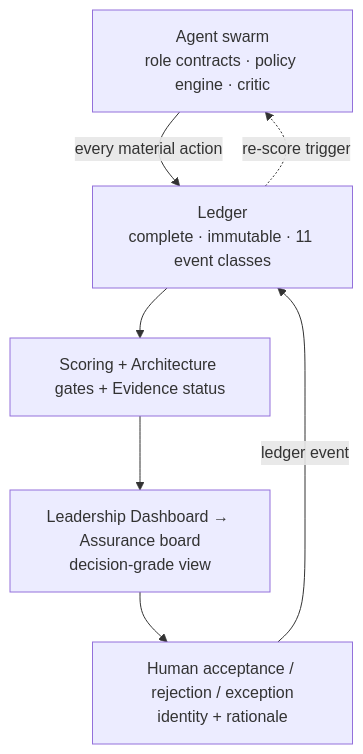
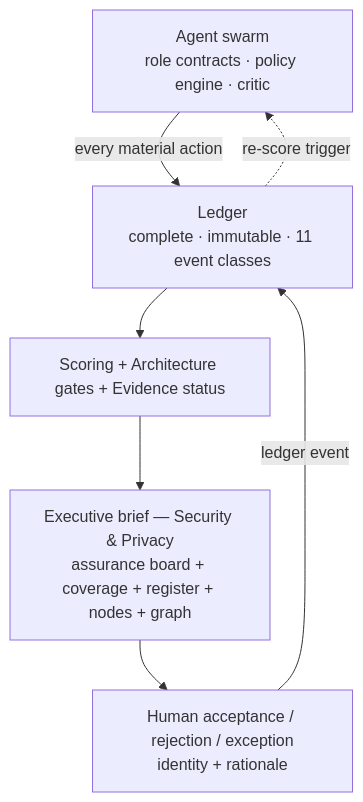
One commit to harishgovardhandamodar/agentic-knowledge-mapper changed the diagram in design/assurance.md. Above: the diagram before and after it, drawn with Mermaid. The commit also changed other lines of this file and 12 other files, not shown here.

First line of the commit message:
README, docs and design tab: document the Executive brief and its new surfaces

````diff
--- a/design/assurance.md
+++ b/design/assurance.md
@@ -8,14 +8,14 @@
 ```mermaid
 flowchart TB
     SW["Agent swarm<br/>role contracts · policy engine · critic"]
     LED["Ledger<br/>complete · immutable · 11 event classes"]
     SCORE["Scoring + Architecture gates + Evidence status"]
-    DASH["Leadership Dashboard → Assurance board<br/>decision-grade view"]
+    DASH["Executive brief — Security & Privacy<br/>assurance board + coverage + register + nodes + graph"]
     HUMAN["Human acceptance / rejection / exception<br/>identity + rationale"]
     SW -->|"every material action"| LED
     LED --> SCORE
     SCORE --> DASH
     DASH --> HUMAN
     HUMAN -->|"ledger event"| LED
     LED -.->|"re-score trigger"| SW
 ```
````
